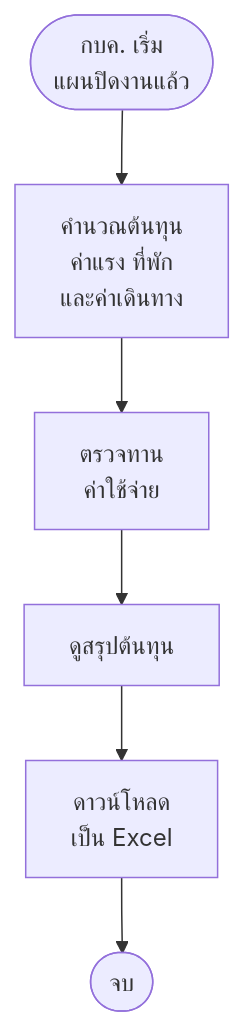
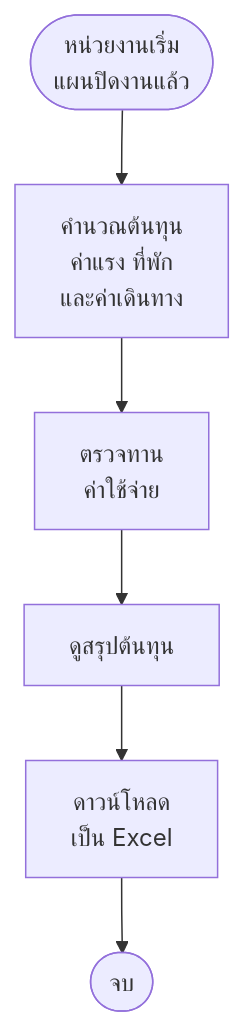
Before and after one commit to anugmail/Maintenance-Request-Form: diagram 19 of 20 in Diagram/01-บำรุงรักษาตามวาระ/27-บำรุงรักษา-flowchart-กิจกรรม.md, drawn with Mermaid. The commit also changed other lines of this file and 7 other files, not shown here.

First line of the commit message:
บำรุงรักษา: คำกลางแทน "กบค." ที่เป็นผู้ทำงาน (หน่วยงาน · หน่วยงานผู้ดำเนินการ · หัวหน้าหน่วยงาน · ผู้สร้างแผนเดินทาง) · "ดำเนินการเอง" แทน "กบค. ดำเนินการเอง"

````diff
--- a/Diagram/01-บำรุงรักษาตามวาระ/27-บำรุงรักษา-flowchart-กิจกรรม.md
+++ b/Diagram/01-บำรุงรักษาตามวาระ/27-บำรุงรักษา-flowchart-กิจกรรม.md
@@ -352,8 +352,8 @@
 ```mermaid
 flowchart TD
-    S(["กบค. เริ่ม<br/>แผนปิดงานแล้ว"]) --> A1["คำนวณต้นทุน<br/>ค่าแรง ที่พัก<br/>และค่าเดินทาง"]
+    S(["หน่วยงานเริ่ม<br/>แผนปิดงานแล้ว"]) --> A1["คำนวณต้นทุน<br/>ค่าแรง ที่พัก<br/>และค่าเดินทาง"]
     A1 --> A2["ตรวจทาน<br/>ค่าใช้จ่าย"]
     A2 --> A3["ดูสรุปต้นทุน"]
     A3 --> A4["ดาวน์โหลด<br/>เป็น Excel"]
     A4 --> E(["จบ"])
 ```
````
